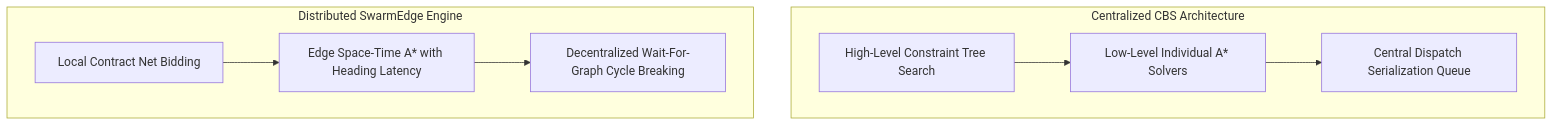
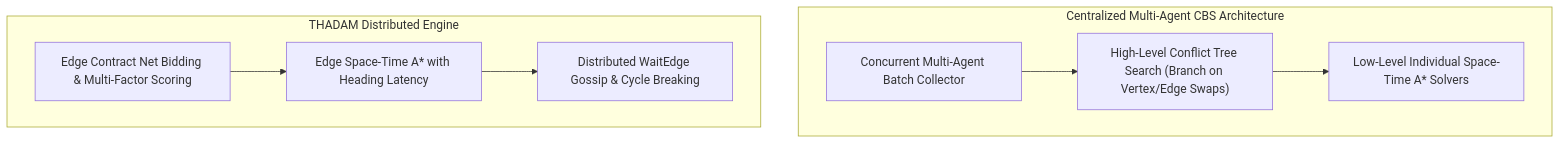
The seventh of 7 diagrams in docs/ARCHITECTURE.md (lildosa/SIH26123), drawn with Mermaid before and after one commit. The commit also changed other lines of this file and 13 other files, not shown here.

First line of the commit message:
feat: harden kinematics, distributed WFG gossip, and auction concurrency

````diff
--- a/docs/ARCHITECTURE.md
+++ b/docs/ARCHITECTURE.md
@@ -337,18 +353,18 @@
 ```mermaid
 flowchart TD
-    subgraph CentralizedCBS["Centralized CBS Architecture"]
-        CBS_ROOT["High-Level Constraint Tree Search"]
-        CBS_LOW["Low-Level Individual A* Solvers"]
-        CBS_QUEUE["Central Dispatch Serialization Queue"]
+    subgraph CentralizedCBS["Centralized Multi-Agent CBS Architecture"]
+        CBS_BATCH["Concurrent Multi-Agent Batch Collector"]
+        CBS_ROOT["High-Level Conflict Tree Search (Branch on Vertex/Edge Swaps)"]
+        CBS_LOW["Low-Level Individual Space-Time A* Solvers"]
+        CBS_BATCH --> CBS_ROOT
         CBS_ROOT --> CBS_LOW
-        CBS_LOW --> CBS_QUEUE
     end
 
-    subgraph SwarmEdge["Distributed SwarmEdge Engine"]
-        SWARM_AUCTION["Local Contract Net Bidding"]
+    subgraph THADAM["THADAM Distributed Engine"]
+        SWARM_AUCTION["Edge Contract Net Bidding & Multi-Factor Scoring"]
         SWARM_ASTAR["Edge Space-Time A* with Heading Latency"]
-        SWARM_WFG["Decentralized Wait-For-Graph Cycle Breaking"]
+        SWARM_WFG["Distributed WaitEdge Gossip & Cycle Breaking"]
         SWARM_AUCTION --> SWARM_ASTAR
         SWARM_ASTAR --> SWARM_WFG
     end
 ```
````
